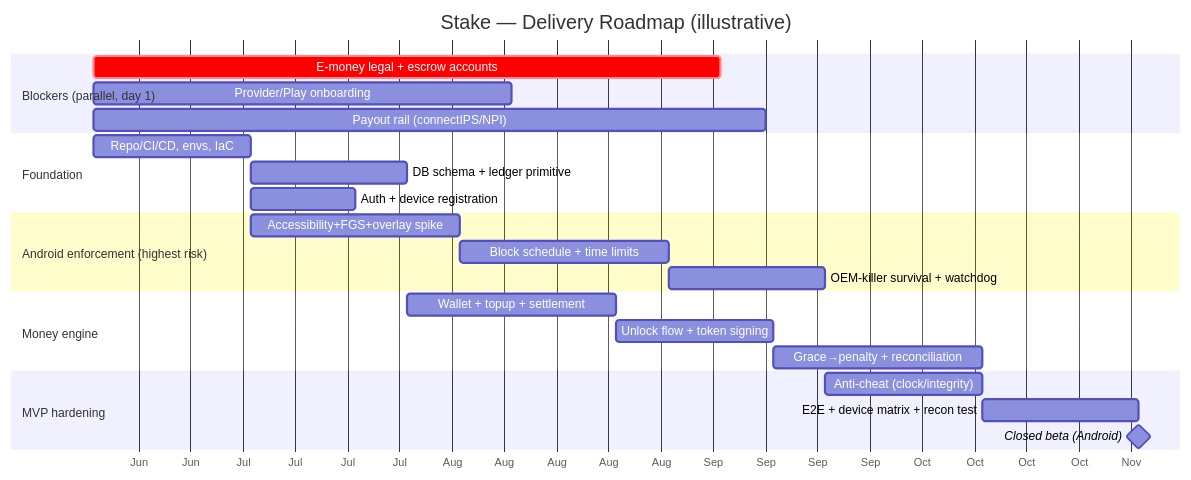
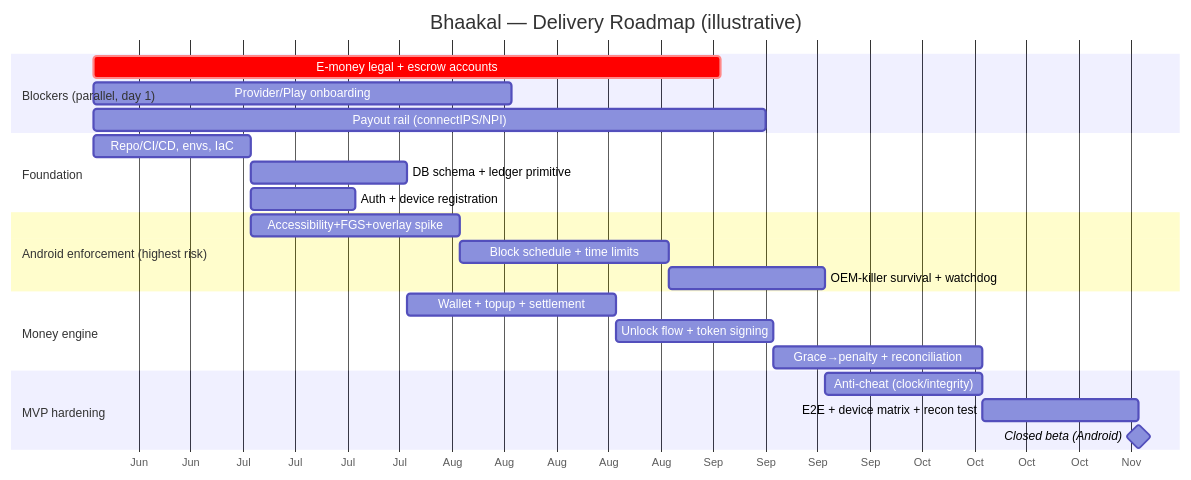
The first of 2 diagrams in docs/project/delivery-plan.md (JEEVANRAWAL/stake-app-doc), drawn with Mermaid before and after one commit. The commit also changed other lines of this file and 15 other files, not shown here.

First line of the commit message:
Rename product Stake → Bhaakal across CLAUDE.md and planning docs

````diff
--- a/docs/project/delivery-plan.md
+++ b/docs/project/delivery-plan.md
@@ -41,27 +41,27 @@
 ```mermaid
 gantt
-    title Stake — Delivery Roadmap (illustrative)
+    title Bhaakal — Delivery Roadmap (illustrative)
     dateFormat  YYYY-MM-DD
     axisFormat  %b
     section Blockers (parallel, day 1)
     E-money legal + escrow accounts  :crit, b2, 2026-06-15, 84d
     Provider/Play onboarding         :b3, 2026-06-15, 56d
     Payout rail (connectIPS/NPI)     :b4, 2026-06-15, 90d
     section Foundation
     Repo/CI/CD, envs, IaC            :f1, 2026-06-15, 21d
     DB schema + ledger primitive     :f2, after f1, 21d
     Auth + device registration       :f3, after f1, 14d
     section Android enforcement (highest risk)
     Accessibility+FGS+overlay spike  :a1, after f1, 28d
     Block schedule + time limits     :a2, after a1, 28d
     OEM-killer survival + watchdog   :a3, after a2, 21d
     section Money engine
     Wallet + topup + settlement      :m1, after f2, 28d
     Unlock flow + token signing      :m2, after m1, 21d
     Grace→penalty + reconciliation   :m3, after m2, 28d
     section MVP hardening
     Anti-cheat (clock/integrity)     :h1, after a3, 21d
     E2E + device matrix + recon test :h2, after m3, 21d
     Closed beta (Android)            :milestone, beta, after h2, 0d
     %% iOS section deferred (fast-follow) — re-add the iOS enforcement module + pre-auth unlock when iOS resumes
 ```
````
